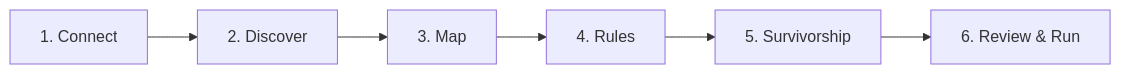
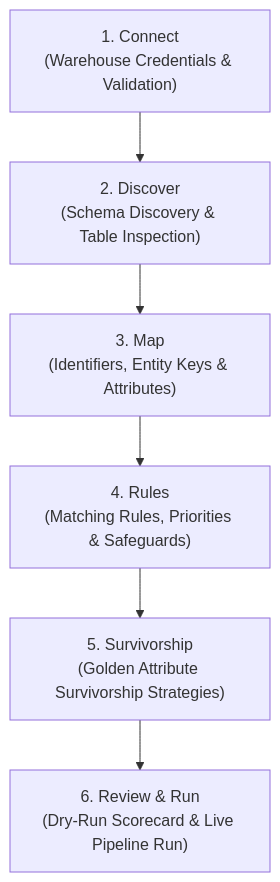
One commit to anilkulkarni87/sql-identity-oss changed the diagram in docs/09-ui.md. Above: the diagram before and after it, drawn with Mermaid. The commit also changed other lines of this file and 21 other files, not shown here.

````diff
--- a/docs/09-ui.md
+++ b/docs/09-ui.md
@@ -34,8 +35,8 @@
 ```mermaid
-flowchart LR
-    S1["1. Connect"] --> S2["2. Discover"]
-    S2 --> S3["3. Map"]
-    S3 --> S4["4. Rules"]
-    S4 --> S5["5. Survivorship"]
-    S5 --> S6["6. Review & Run"]
+flowchart TD
+    S1["1. Connect<br/>(Warehouse Credentials & Validation)"] --> S2["2. Discover<br/>(Schema Discovery & Table Inspection)"]
+    S2 --> S3["3. Map<br/>(Identifiers, Entity Keys & Attributes)"]
+    S3 --> S4["4. Rules<br/>(Matching Rules, Priorities & Safeguards)"]
+    S4 --> S5["5. Survivorship<br/>(Golden Attribute Survivorship Strategies)"]
+    S5 --> S6["6. Review & Run<br/>(Dry-Run Scorecard & Live Pipeline Run)"]
 ```
````
